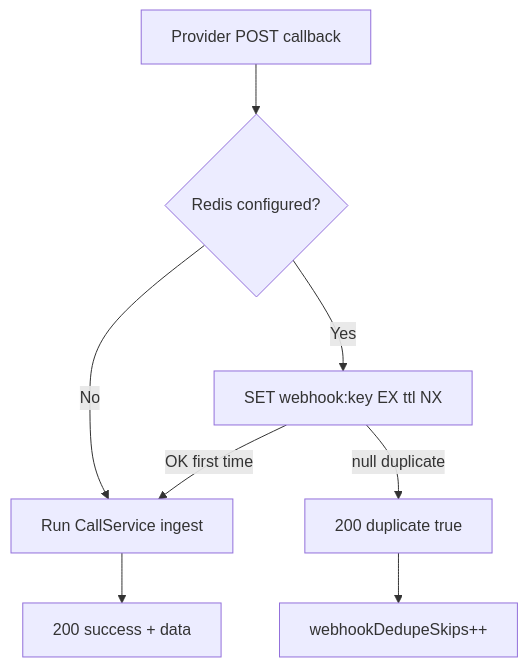
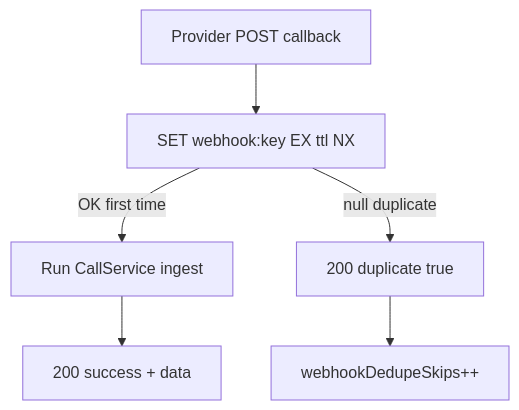
Before and after one commit to anupPradhan0/sip: the second of 2 diagrams in doc/redis.md, drawn with Mermaid. The commit also changed other lines of this file and 17 other files, not shown here.

````diff
--- a/doc/redis.md
+++ b/doc/redis.md
@@ -101,10 +103,8 @@
 ```mermaid
 flowchart TD
-  A[Provider POST callback] --> B{Redis configured?}
-  B -->|No| E[Run CallService ingest]
-  B -->|Yes| C[SET webhook:key EX ttl NX]
-  C -->|OK first time| E
+  A[Provider POST callback] --> C[SET webhook:key EX ttl NX]
+  C -->|OK first time| E[Run CallService ingest]
   C -->|null duplicate| D[200 duplicate true]
   D --> F[webhookDedupeSkips++]
   E --> G[200 success + data]
 ```
````
